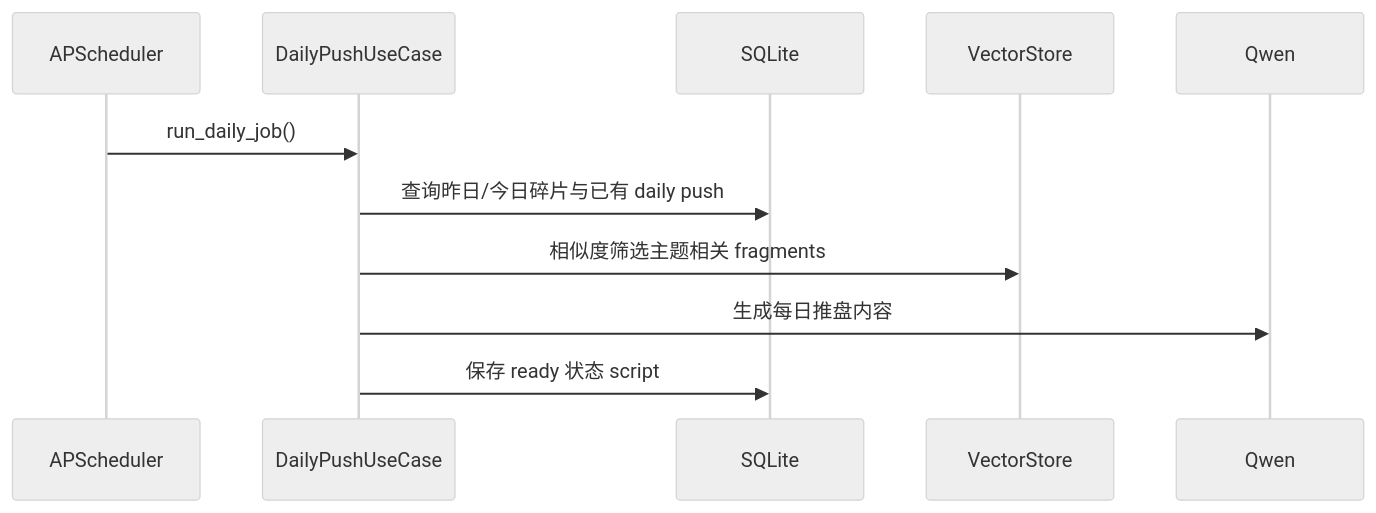
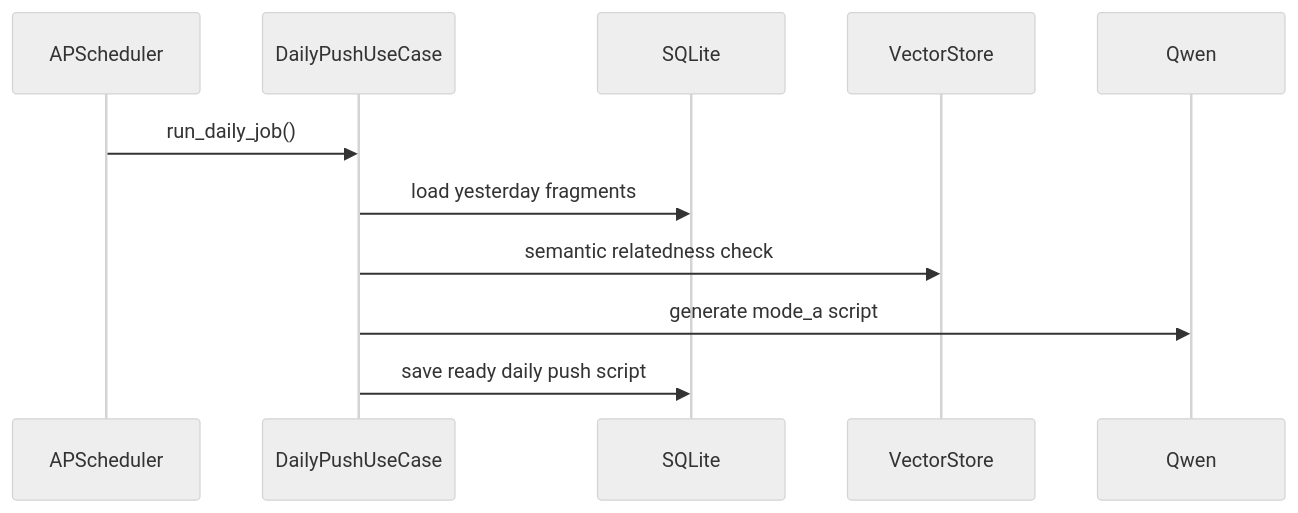
The seventh of 7 diagrams in memory-bank/architecture.md (YCZA2/SparkFlow), drawn with Mermaid (neutral theme) before and after one commit. The commit also changed other lines of this file and 11 other files, not shown here.

````diff
--- a/memory-bank/architecture.md
+++ b/memory-bank/architecture.md
@@ -260,14 +251,14 @@
 ```mermaid
 sequenceDiagram
     participant Scheduler as APScheduler
-    participant API as DailyPushUseCase
+    participant UseCase as DailyPushUseCase
     participant DB as SQLite
     participant VDB as VectorStore
     participant LLM as Qwen
 
-    Scheduler->>API: run_daily_job()
-    API->>DB: 查询昨日/今日碎片与已有 daily push
-    API->>VDB: 相似度筛选主题相关 fragments
-    API->>LLM: 生成每日推盘内容
-    API->>DB: 保存 ready 状态 script
+    Scheduler->>UseCase: run_daily_job()
+    UseCase->>DB: load yesterday fragments
+    UseCase->>VDB: semantic relatedness check
+    UseCase->>LLM: generate mode_a script
+    UseCase->>DB: save ready daily push script
 ```
````
